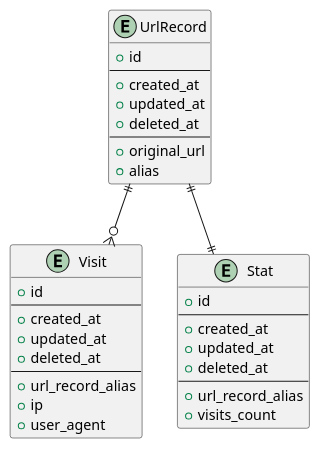
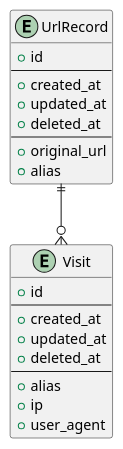
Before and after one commit to smirnoffmg/url-shortener: the diagram in docs/erd.puml, drawn with PlantUML. The commit also changed 20 other files, not shown here.

```diff
--- a/docs/erd.puml
+++ b/docs/erd.puml
@@ -1,42 +1,29 @@
 @startuml ERD
 
 entity "UrlRecord" as record {
   + id
   --
   + created_at
   + updated_at
   + deleted_at
   --
   + original_url
   + alias
 }
 
 
 entity "Visit" as visit {
   + id
   --
   + created_at
   + updated_at
   + deleted_at
   --
-  + url_record_alias
+  + alias
   + ip
   + user_agent
 }
 
-entity "Stat" as stat {
-  + id
-  --
-  + created_at
-  + updated_at
-  + deleted_at
-  --
-  + url_record_alias
-  + visits_count
-}
 
 record ||--o{ visit
-record ||--|| stat
-
-
 @enduml
```
